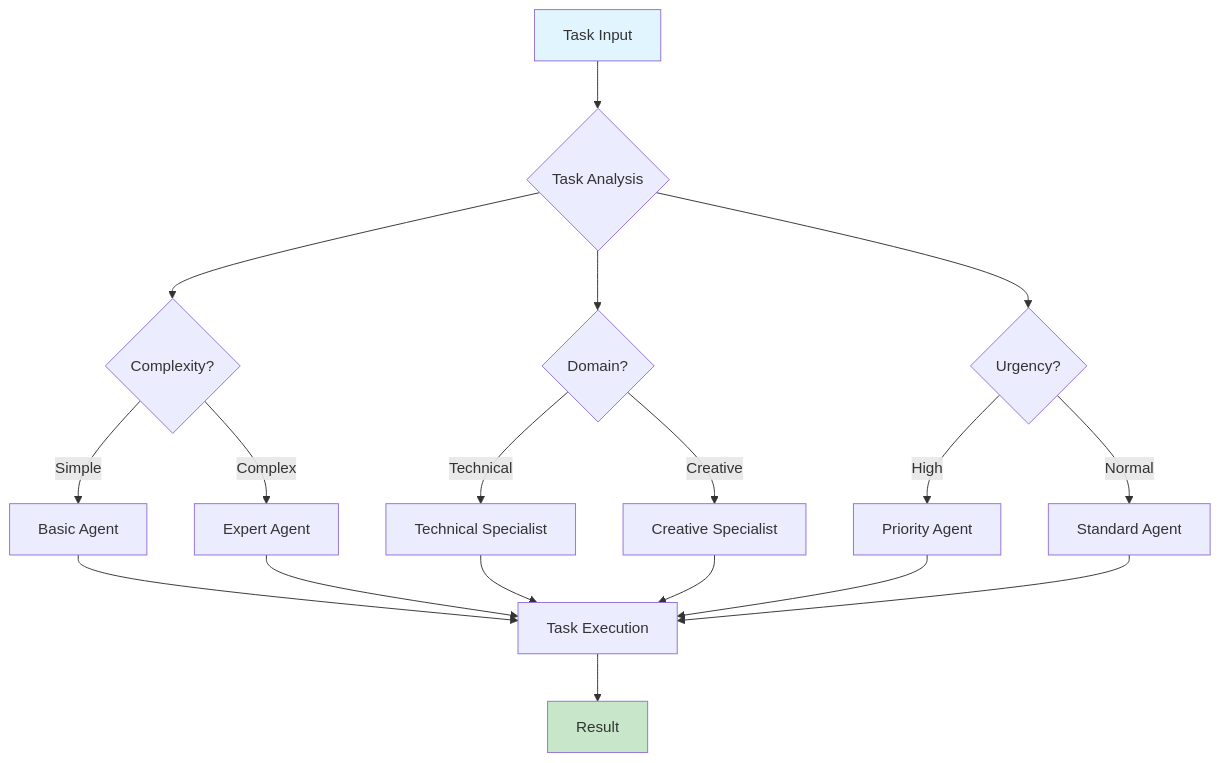
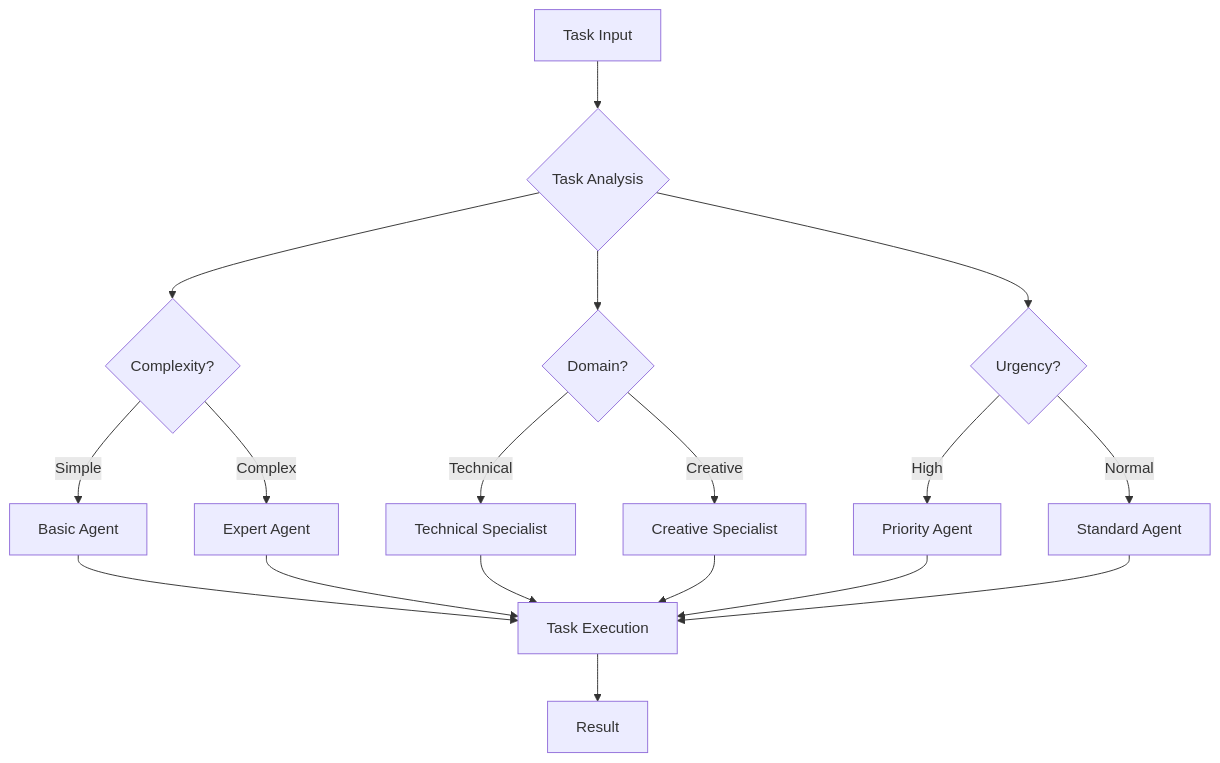
Before and after one commit to kyegomez/swarms: the seventh of 12 diagrams in docs/swarms/concept/how_to_choose_swarms.md, drawn with Mermaid. The commit also changed other lines of this file, not shown here.

````diff
--- a/docs/swarms/concept/how_to_choose_swarms.md
+++ b/docs/swarms/concept/how_to_choose_swarms.md
@@ -590,29 +578,27 @@
 ```mermaid
 graph TD
     A[Task Input] --> B{Task Analysis}
 
     B --> C{Complexity?}
     B --> D{Domain?}
     B --> E{Urgency?}
 
     C -->|Simple| F[Basic Agent]
     C -->|Complex| G[Expert Agent]
 
     D -->|Technical| H[Technical Specialist]
     D -->|Creative| I[Creative Specialist]
 
     E -->|High| J[Priority Agent]
     E -->|Normal| K[Standard Agent]
 
     F --> L[Task Execution]
     G --> L
     H --> L
     I --> L
     J --> L
     K --> L
 
     L --> M[Result]
 
-    style A fill:#e1f5fe
-    style M fill:#c8e6c9
 ```
````
